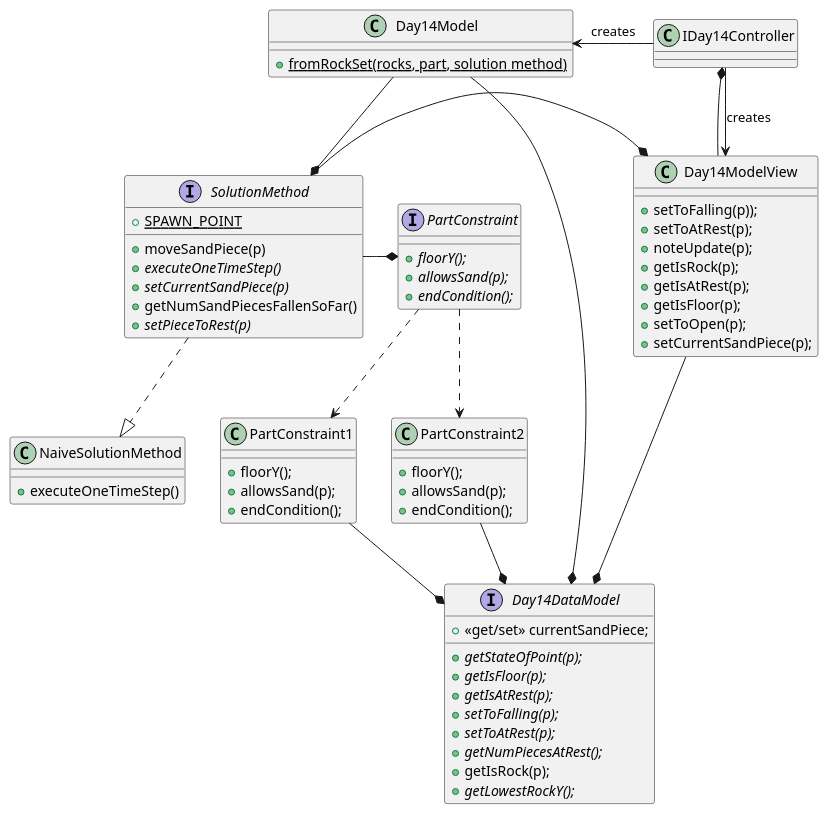
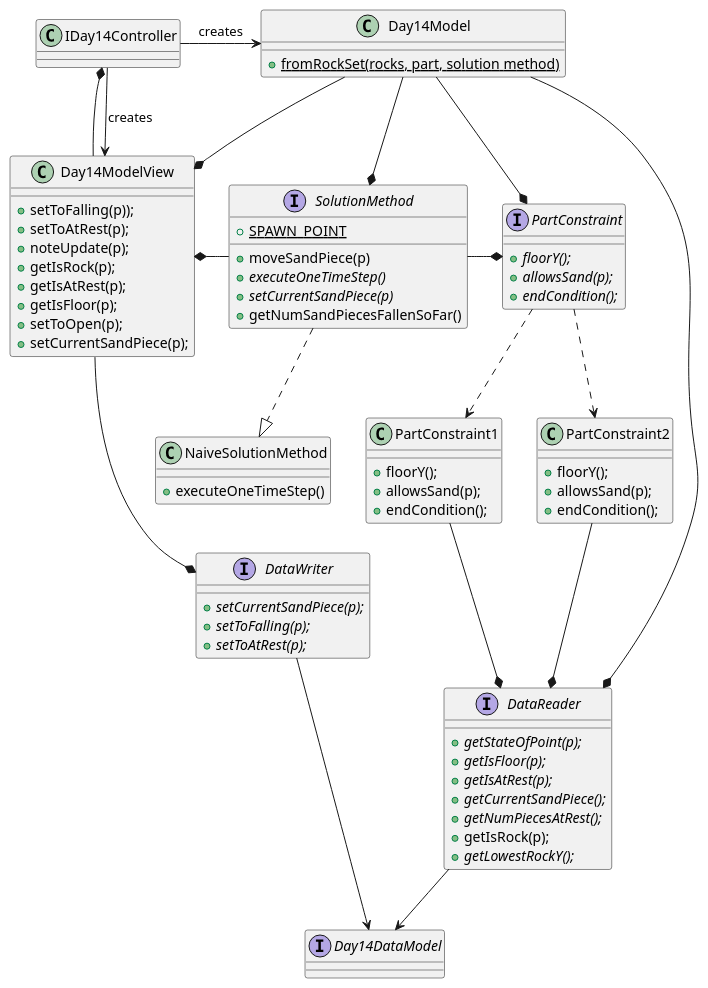
Before and after one commit to jdbr827/AdventOfCode_2019_Java: the diagram in src/year_2022/day_14/UML.puml, drawn with PlantUML. The commit also changed 4 other files, not shown here.

Commit message:
2022 D14 separate dataReader

```diff
--- a/src/year_2022/day_14/UML.puml
+++ b/src/year_2022/day_14/UML.puml
@@ -1,85 +1,96 @@
 @startuml
 'https://plantuml.com/class-diagram
 
 
 class Day14Model {
 + {static} fromRockSet(rocks, part, solution method)
 
 
 }
 
 Day14Model --* SolutionMethod
 
 interface SolutionMethod {
 + {static} SPAWN_POINT
 + moveSandPiece(p)
 +{abstract} executeOneTimeStep()
 +{abstract} setCurrentSandPiece(p)
 + getNumSandPiecesFallenSoFar()
-+{abstract} setPieceToRest(p)
+
 }
 
+DataReader --> Day14DataModel
+DataWriter --> Day14DataModel
 
 
 SolutionMethod ..|> NaiveSolutionMethod
 class NaiveSolutionMethod {
 + executeOneTimeStep()
 }
 
-SolutionMethod -* Day14ModelView
+Day14ModelView *- SolutionMethod
 
 class Day14ModelView {
 + setToFalling(p));
 + setToAtRest(p);
 + noteUpdate(p);
 + getIsRock(p);
 + getIsAtRest(p);
 + getIsFloor(p);
 + setToOpen(p);
 + setCurrentSandPiece(p);
 }
 
-Day14Model --* Day14DataModel
+Day14Model --* Day14ModelView
 
 IDay14Controller *-- Day14ModelView
-Day14ModelView -* Day14DataModel
-interface Day14DataModel {
-+ <<get/set>> currentSandPiece;
+Day14ModelView --* DataWriter
+
+interface DataReader {
 + {abstract} getStateOfPoint(p);
 + {abstract} getIsFloor(p);
 + {abstract} getIsAtRest(p);
-+ {abstract} setToFalling(p);
-+ {abstract} setToAtRest(p);
++ {abstract} getCurrentSandPiece();
 + {abstract} getNumPiecesAtRest();
 + getIsRock(p);
 + {abstract}getLowestRockY();
 }
+
+interface DataWriter {
++ {abstract} setCurrentSandPiece(p);
++ {abstract} setToFalling(p);
++ {abstract} setToAtRest(p);
+
+}
+interface Day14DataModel {}
 
 
 
 interface PartConstraint {
 + {abstract} floorY();
 + {abstract} allowsSand(p);
 + {abstract} endCondition();
 }
 
 PartConstraint ..> PartConstraint2
 PartConstraint ..> PartConstraint1
 
 class PartConstraint1 {
     +floorY();
     +allowsSand(p);
     +endCondition();
 }
 class PartConstraint2 {
 + floorY();
 + allowsSand(p);
 + endCondition();
 }
 SolutionMethod -* PartConstraint
-PartConstraint1 --* Day14DataModel
-PartConstraint2 --* Day14DataModel
+PartConstraint1 --* DataReader
+PartConstraint2 --* DataReader
 
 IDay14Controller --> Day14ModelView : "creates"
-Day14Model <- IDay14Controller: "creates"
+IDay14Controller -> Day14Model: "creates"
+Day14Model -* DataReader
+Day14Model --* PartConstraint
 @enduml
```
